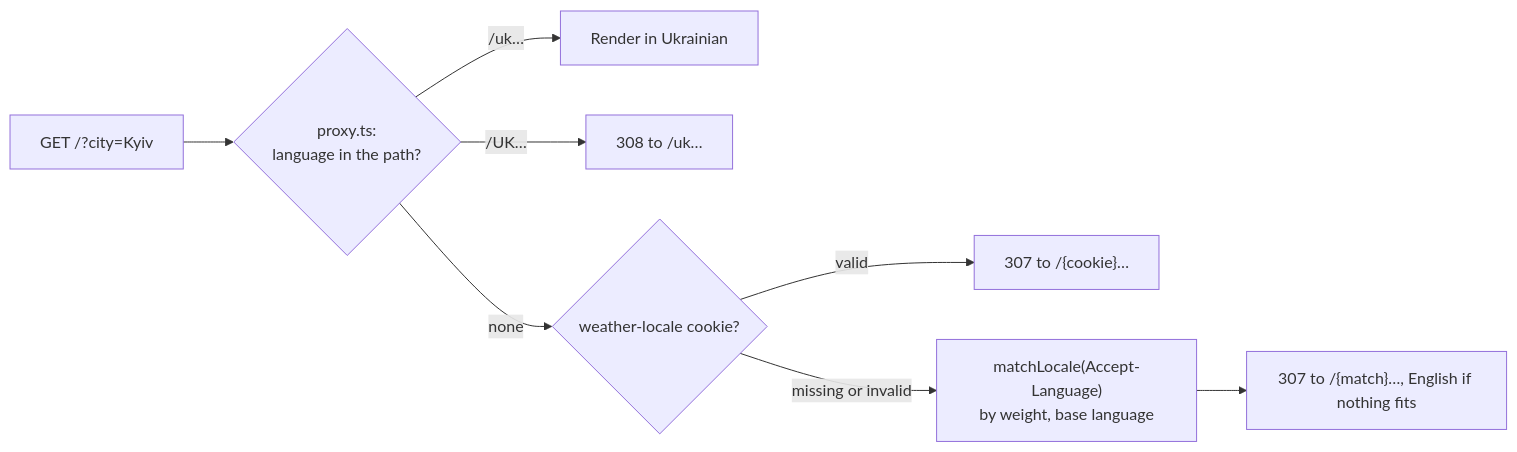
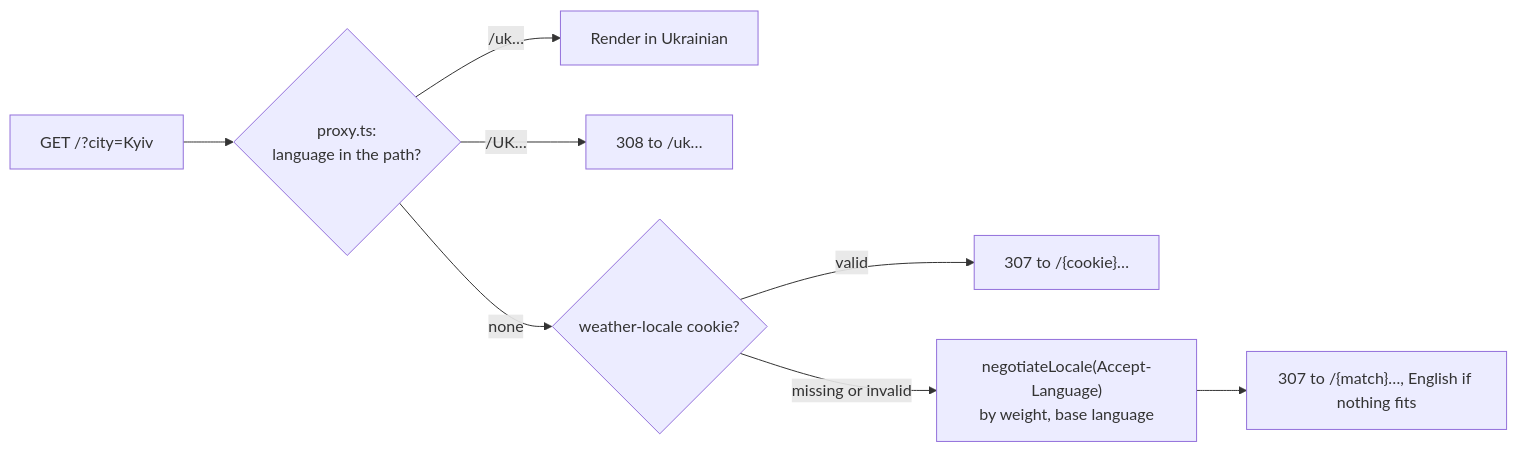
One commit to sacrificed666/next-weather-app changed the first of 2 diagrams in docs/i18n.md. Above: the diagram before and after it, drawn with Mermaid. The commit also changed other lines of this file and 143 other files, not shown here.

````diff
--- a/docs/i18n.md
+++ b/docs/i18n.md
@@ -9,10 +9,10 @@
 ```mermaid
 flowchart LR
   Request["GET /?city=Kyiv"] --> Proxy{"proxy.ts:<br/>language in the path?"}
   Proxy -- "/uk…" --> Render["Render in Ukrainian"]
   Proxy -- "/UK…" --> Lower["308 to /uk…"]
   Proxy -- "none" --> Cookie{"weather-locale cookie?"}
   Cookie -- "valid" --> Redirect["307 to /{cookie}…"]
-  Cookie -- "missing or invalid" --> Match["matchLocale(Accept-Language)<br/>by weight, base language"]
+  Cookie -- "missing or invalid" --> Match["negotiateLocale(Accept-Language)<br/>by weight, base language"]
   Match --> Redirect2["307 to /{match}…, English if nothing fits"]
 ```
````
